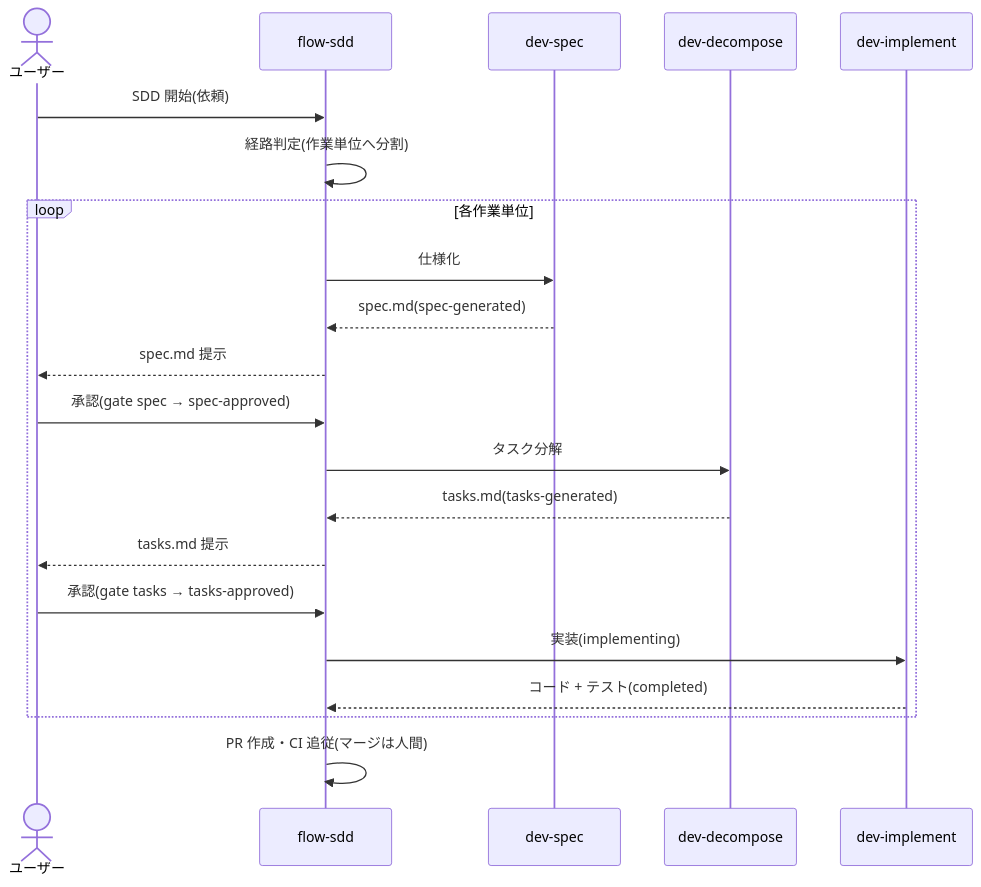
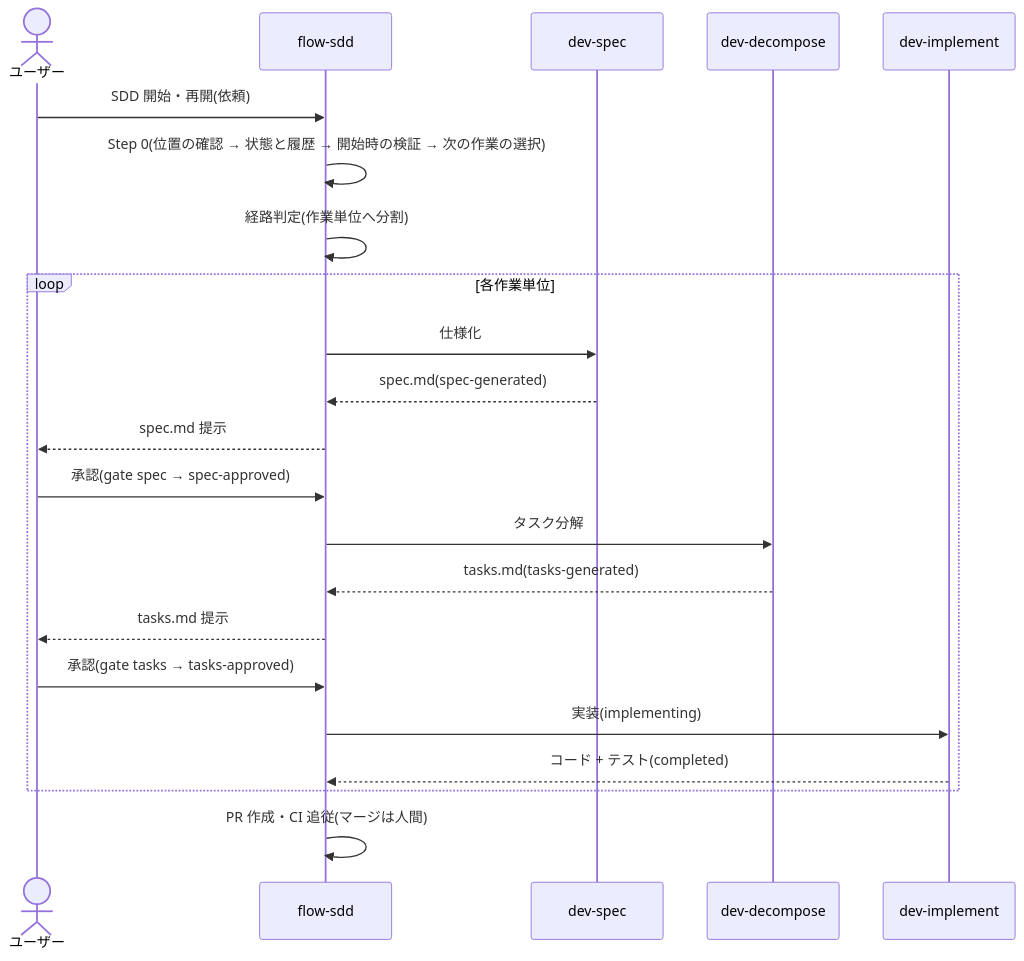
The third of 3 diagrams in .meta/DESIGN.md (mosidas/dev-skills), drawn with Mermaid before and after one commit. The commit also changed other lines of this file and 48 other files, not shown here.

````diff
--- a/.meta/DESIGN.md
+++ b/.meta/DESIGN.md
@@ -124,23 +142,24 @@
 ```mermaid
 sequenceDiagram
     actor U as ユーザー
     participant F as flow-sdd
     participant S as dev-spec
     participant D as dev-decompose
     participant I as dev-implement
-    U->>F: SDD 開始(依頼)
+    U->>F: SDD 開始・再開(依頼)
+    F->>F: Step 0(位置の確認 → 状態と履歴 → 開始時の検証 → 次の作業の選択)
     F->>F: 経路判定(作業単位へ分割)
     loop 各作業単位
         F->>S: 仕様化
         S-->>F: spec.md(spec-generated)
         F-->>U: spec.md 提示
         U->>F: 承認(gate spec → spec-approved)
         F->>D: タスク分解
         D-->>F: tasks.md(tasks-generated)
         F-->>U: tasks.md 提示
         U->>F: 承認(gate tasks → tasks-approved)
         F->>I: 実装(implementing)
         I-->>F: コード + テスト(completed)
     end
     F->>F: PR 作成・CI 追従(マージは人間)
 ```
````
